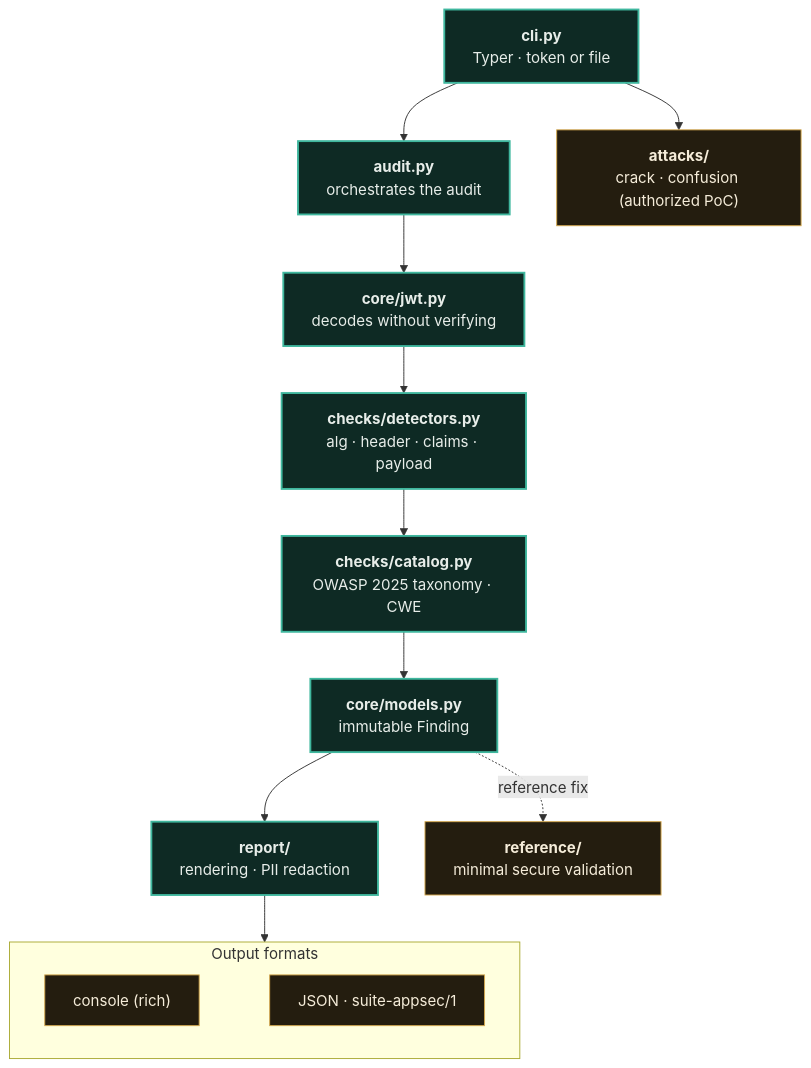
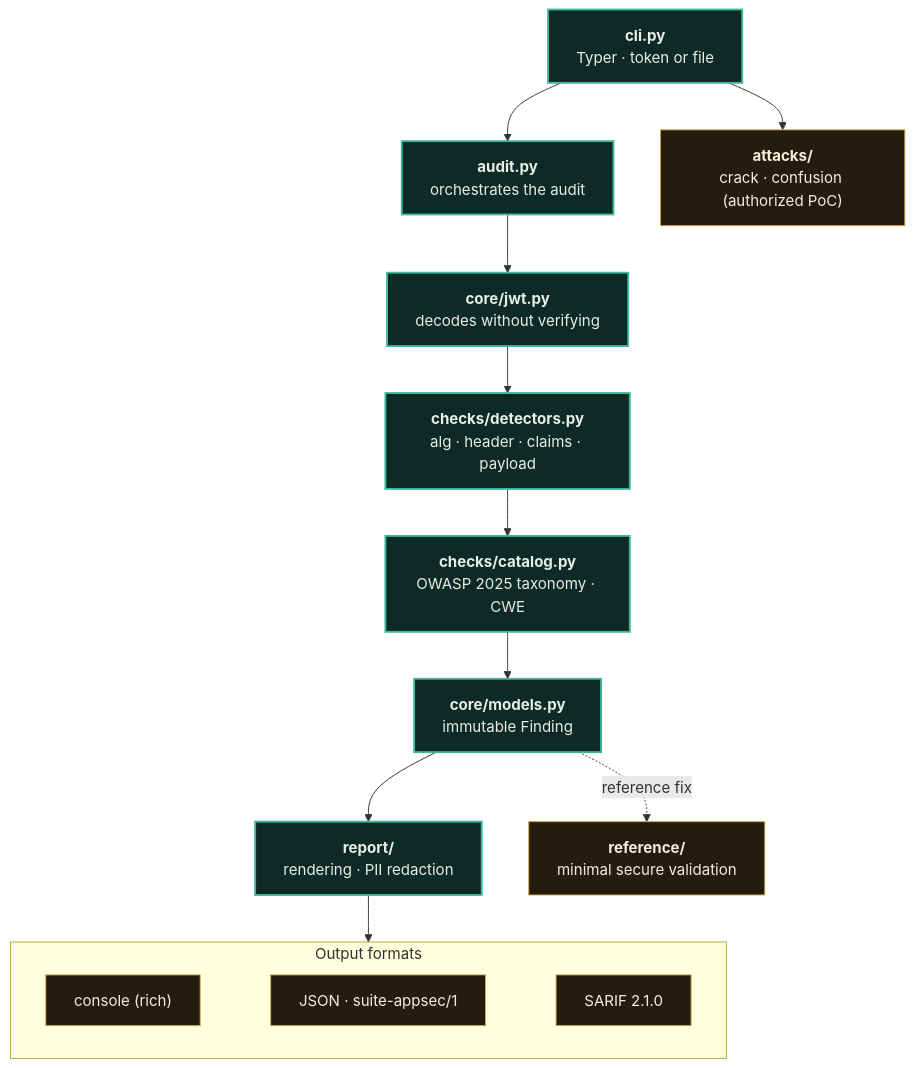
Before and after one commit to Paulo-Marcos-Lucio/chaveiro: the diagram in README.en.md, drawn with Mermaid. The commit also changed other lines of this file and 6 other files, not shown here.

````diff
--- a/README.en.md
+++ b/README.en.md
@@ -223,20 +223,20 @@
 ```mermaid
 flowchart TD
     A["<b>cli.py</b><br/>Typer · token or file"] --> AUD["<b>audit.py</b><br/>orchestrates the audit"]
     AUD --> DEC["<b>core/jwt.py</b><br/>decodes without verifying"]
     DEC --> CHK["<b>checks/detectors.py</b><br/>alg · header · claims · payload"]
     CHK --> CAT["<b>checks/catalog.py</b><br/>OWASP 2025 taxonomy · CWE"]
     CAT --> FND["<b>core/models.py</b><br/>immutable Finding"]
     FND --> RPT["<b>report/</b><br/>rendering · PII redaction"]
     RPT --> OUT
     A --> ATK["<b>attacks/</b><br/>crack · confusion (authorized PoC)"]
     FND -.->|reference fix| REF["<b>reference/</b><br/>minimal secure validation"]
     subgraph OUT [" Output formats "]
         direction LR
-        CON["console (rich)"] ~~~ JS["JSON · suite-appsec/1"]
+        CON["console (rich)"] ~~~ JS["JSON · suite-appsec/1"] ~~~ SAR["SARIF 2.1.0"]
     end
     classDef nucleo fill:#0e2a24,stroke:#3fb79e,stroke-width:2px,color:#e7ede9;
     classDef saida fill:#241d0f,stroke:#d6a94e,color:#f5ecd9;
     class A,AUD,DEC,CHK,CAT,FND,RPT nucleo;
-    class CON,JS,ATK,REF saida;
+    class CON,JS,SAR,ATK,REF saida;
 ```
````
